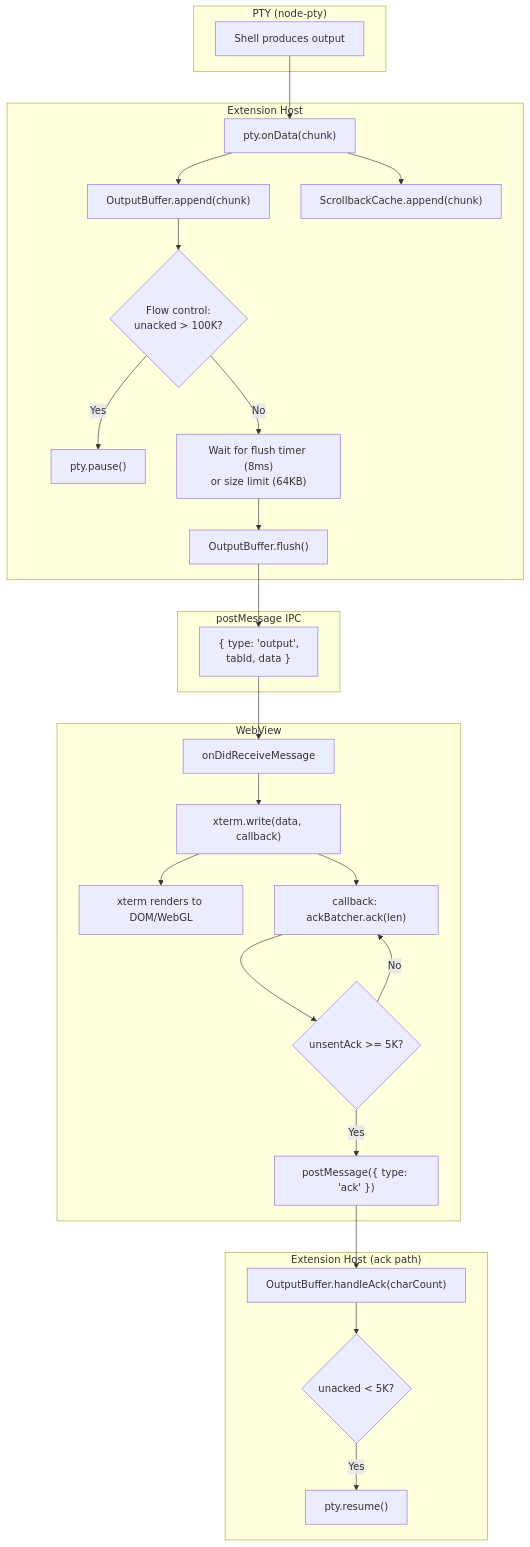
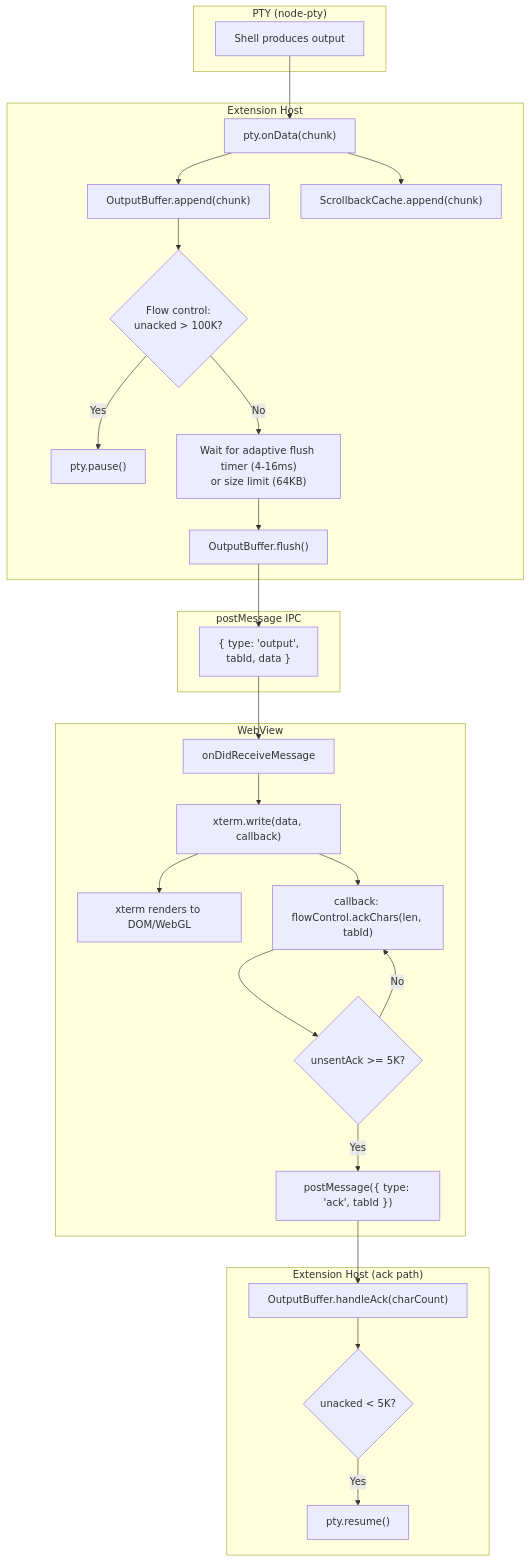
One commit to huybuidac/anywhere-terminal changed the sixth of 6 diagrams in docs/design/output-buffering.md. Above: the diagram before and after it, drawn with Mermaid. The commit also changed other lines of this file and 46 other files, not shown here.

Commit message:
refactor: extract terminal factory, split renderer, and flow control into dedicated modules, reducing main.ts to a composition root, and add new webview tests.

````diff
--- a/docs/design/output-buffering.md
+++ b/docs/design/output-buffering.md
@@ -251,46 +288,46 @@
 ```mermaid
 flowchart TD
     subgraph PTY["PTY (node-pty)"]
         A["Shell produces output"]
     end
 
     subgraph ExtHost["Extension Host"]
         B["pty.onData(chunk)"]
         C["OutputBuffer.append(chunk)"]
         D["ScrollbackCache.append(chunk)"]
         E{"Flow control:<br/>unacked > 100K?"}
         F["pty.pause()"]
-        G["Wait for flush timer (8ms)<br/>or size limit (64KB)"]
+        G["Wait for adaptive flush timer (4-16ms)<br/>or size limit (64KB)"]
         H["OutputBuffer.flush()"]
     end
 
     subgraph IPC["postMessage IPC"]
         I["{ type: 'output',<br/>tabId, data }"]
     end
 
     subgraph WV["WebView"]
         J["onDidReceiveMessage"]
         K["xterm.write(data, callback)"]
         L["xterm renders to DOM/WebGL"]
-        M["callback: ackBatcher.ack(len)"]
+        M["callback: flowControl.ackChars(len, tabId)"]
         N{"unsentAck >= 5K?"}
-        O["postMessage({ type: 'ack' })"]
+        O["postMessage({ type: 'ack', tabId })"]
     end
 
     subgraph ExtHost2["Extension Host (ack path)"]
         P["OutputBuffer.handleAck(charCount)"]
         Q{"unacked < 5K?"}
         R["pty.resume()"]
     end
 
     A --> B --> C
     B --> D
     C --> E
     E -->|Yes| F
     E -->|No| G
     G --> H --> I --> J --> K --> L
     K --> M --> N
     N -->|Yes| O --> P --> Q
     Q -->|Yes| R
     N -->|No| M
 ```
````
